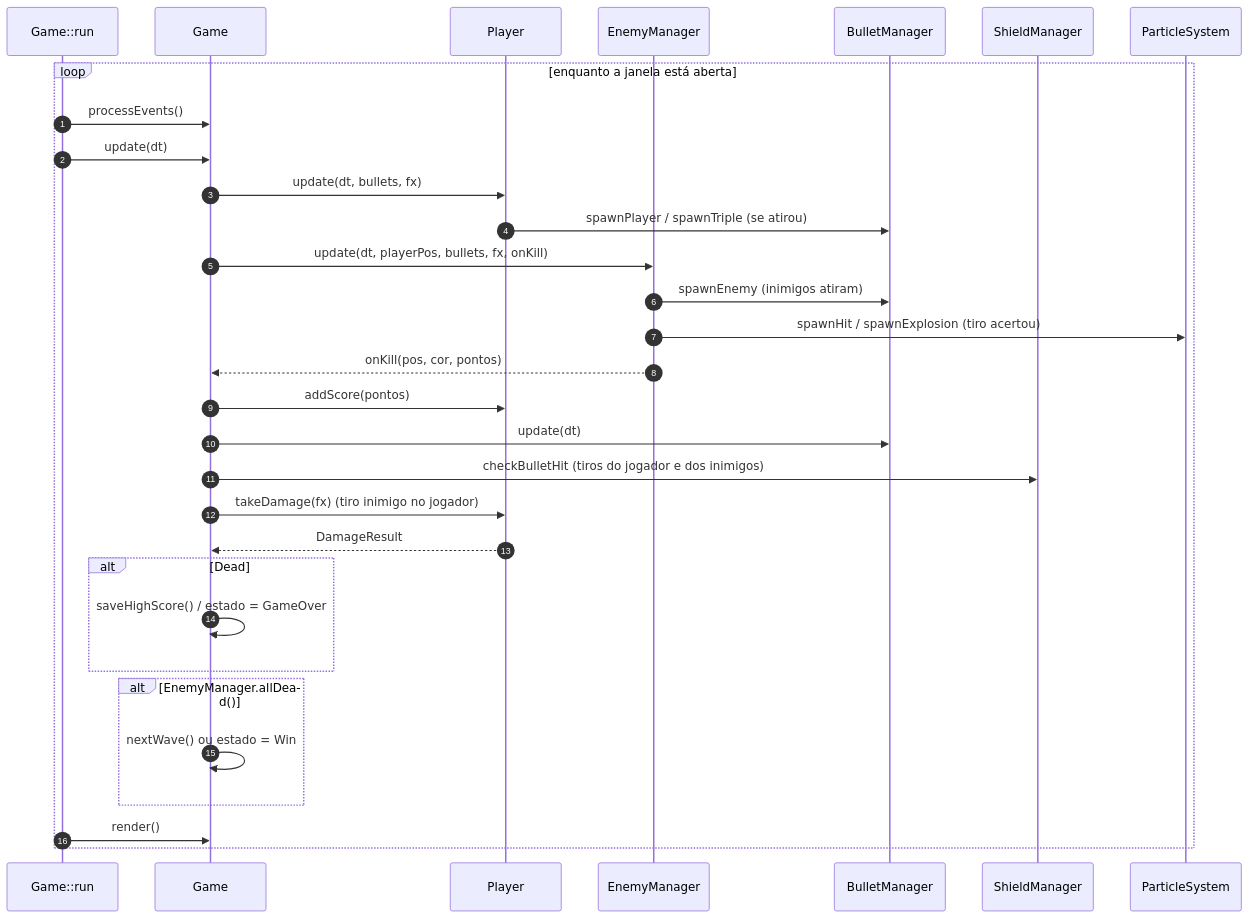
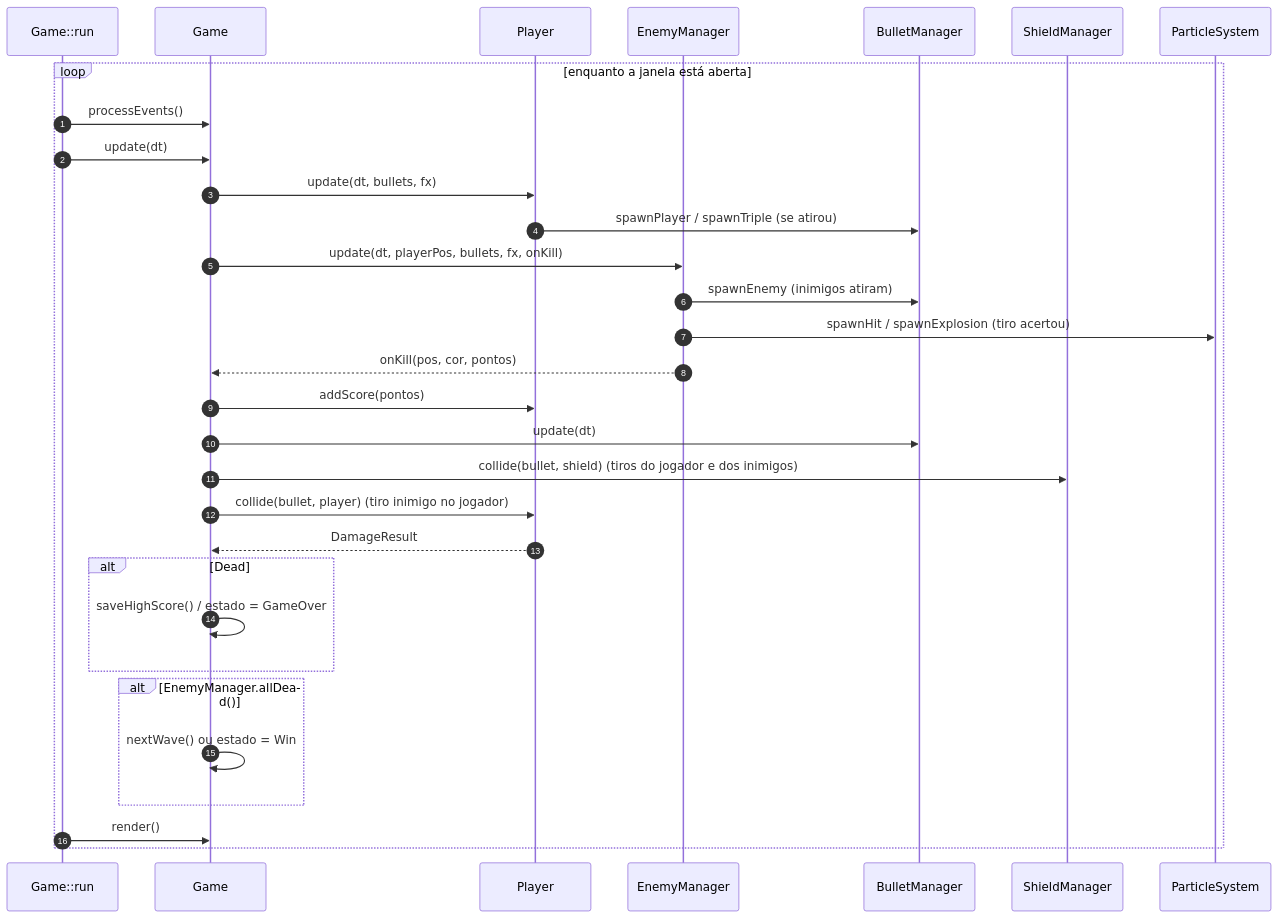
Before and after one commit to aristofany-herderson/space-invaders: the first of 4 diagrams in docs/uml/diagramas-sequencia.md, drawn with Mermaid. The commit also changed other lines of this file and 1 other file, not shown here.

Commit message:
:memo: docs: atualiza diagramas UML para a hierarquia de inimigos, Damageable e EnemyFactory implementados

````diff
--- a/docs/uml/diagramas-sequencia.md
+++ b/docs/uml/diagramas-sequencia.md
@@ -9,34 +9,34 @@
 ```mermaid
 sequenceDiagram
     autonumber
     participant Run as Game::run
     participant G as Game
     participant P as Player
     participant EM as EnemyManager
     participant BM as BulletManager
     participant SM as ShieldManager
     participant FX as ParticleSystem
 
     loop enquanto a janela está aberta
         Run->>G: processEvents()
         Run->>G: update(dt)
         G->>P: update(dt, bullets, fx)
         P->>BM: spawnPlayer / spawnTriple (se atirou)
         G->>EM: update(dt, playerPos, bullets, fx, onKill)
         EM->>BM: spawnEnemy (inimigos atiram)
         EM->>FX: spawnHit / spawnExplosion (tiro acertou)
         EM-->>G: onKill(pos, cor, pontos)
         G->>P: addScore(pontos)
         G->>BM: update(dt)
-        G->>SM: checkBulletHit (tiros do jogador e dos inimigos)
-        G->>P: takeDamage(fx) (tiro inimigo no jogador)
+        G->>SM: collide(bullet, shield) (tiros do jogador e dos inimigos)
+        G->>P: collide(bullet, player) (tiro inimigo no jogador)
         P-->>G: DamageResult
         alt Dead
             G->>G: saveHighScore() / estado = GameOver
         end
         alt EnemyManager.allDead()
             G->>G: nextWave() ou estado = Win
         end
         Run->>G: render()
     end
 ```
````
